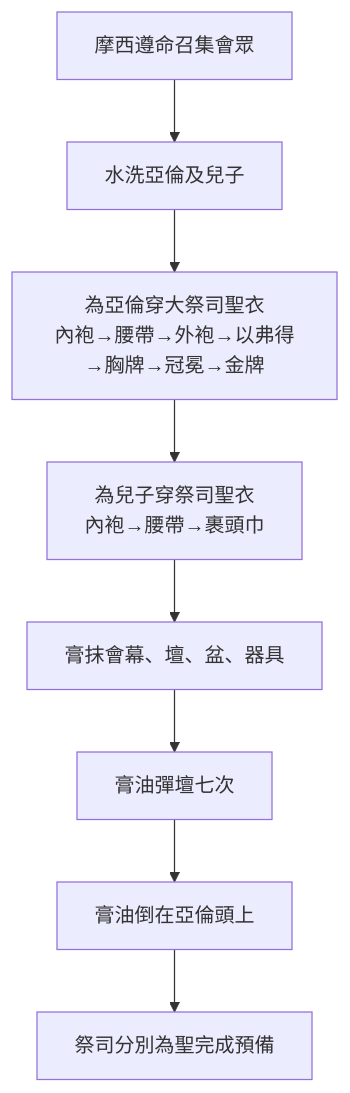
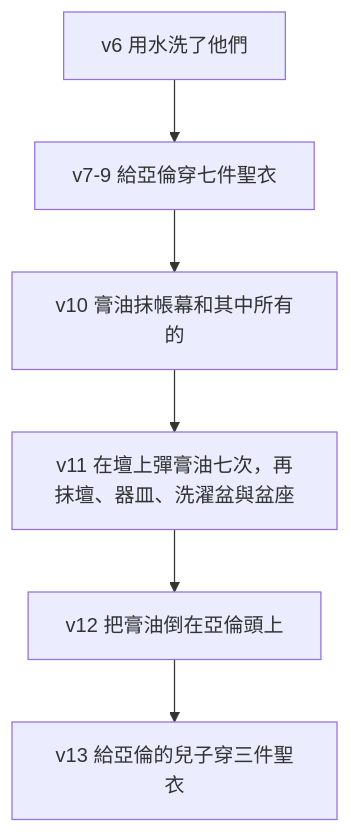
One commit to andyjr5566/Bible_wiki_zh_website changed the first of 2 diagrams in content/03 利未記/第8章.md. Above: the diagram before and after it, drawn with Mermaid. The commit also changed other lines of this file and 998 other files, not shown here.

````diff
--- a/content/03 利未記/第8章.md
+++ b/content/03 利未記/第8章.md
@@ -116,10 +117,8 @@
 ```mermaid
 flowchart TD
-  A[摩西遵命召集會眾] --> B[水洗亞倫及兒子]
-  B --> C[為亞倫穿大祭司聖衣<br/>內袍→腰帶→外袍→以弗得→胸牌→冠冕→金牌]
-  C --> D[為兒子穿祭司聖衣<br/>內袍→腰帶→裹頭巾]
-  D --> E[膏抹會幕、壇、盆、器具]
-  E --> F[膏油彈壇七次]
-  F --> G[膏油倒在亞倫頭上]
-  G --> H[祭司分別為聖完成預備]
+    A["v6 用水洗了他們"] --> B["v7-9 給亞倫穿七件聖衣"]
+    B --> C["v10 膏油抹帳幕和其中所有的"]
+    C --> D["v11 在壇上彈膏油七次，再抹壇、器皿、洗濯盆與盆座"]
+    D --> E["v12 把膏油倒在亞倫頭上"]
+    E --> F["v13 給亞倫的兒子穿三件聖衣"]
 ```
````
